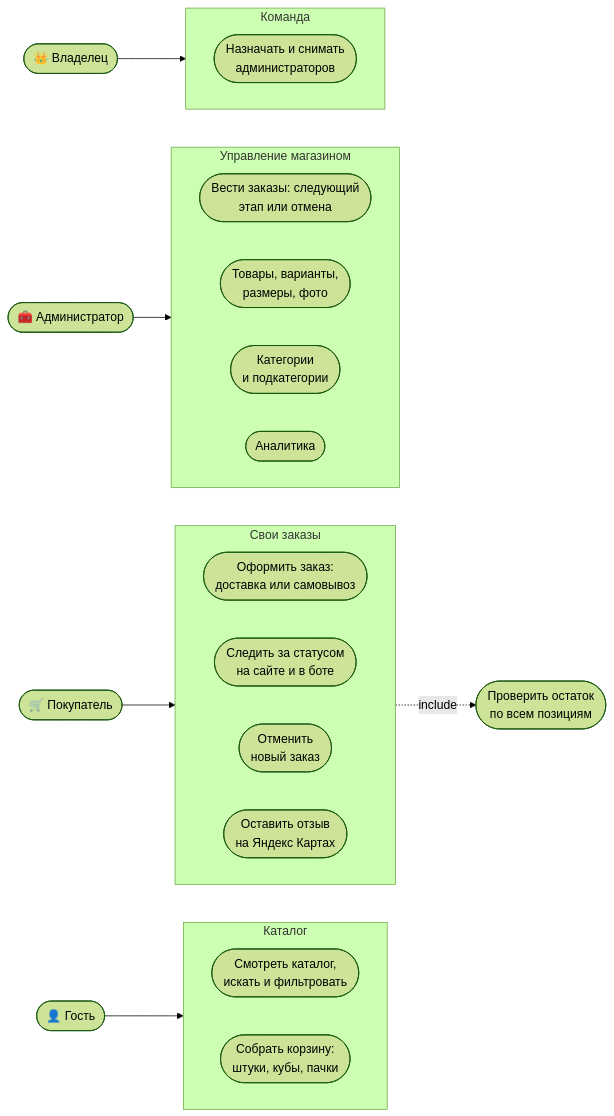
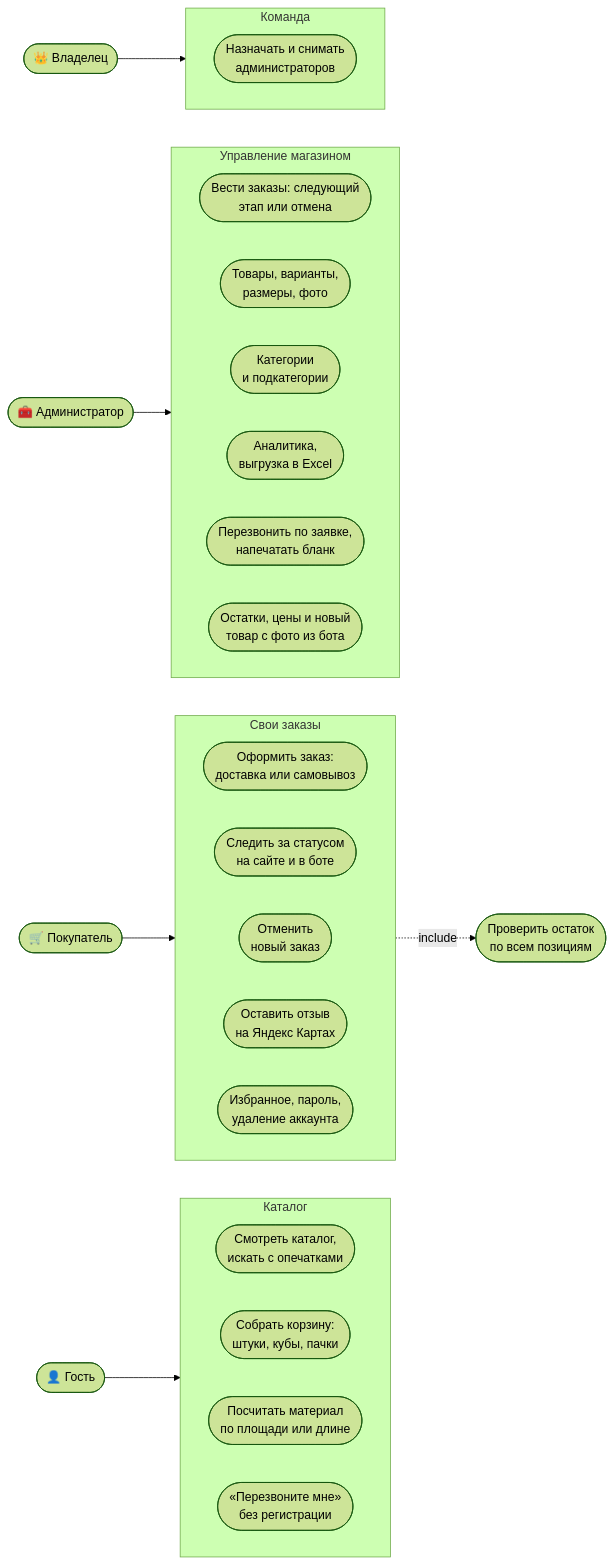
One commit to haz2007/-Builder-s-Friend- changed the seventh of 16 diagrams in docs/diagrams.md. Above: the diagram before and after it, drawn with Mermaid (forest theme). The commit also changed other lines of this file and 11 other files, not shown here.

First line of the commit message:
Refresh docs: seven new diagrams, up-to-date README and screenshots

````diff
--- a/docs/diagrams.md
+++ b/docs/diagrams.md
@@ -269,36 +293,41 @@
 ```mermaid
 flowchart LR
     owner(["👑 Владелец"]) --> o
     admin(["🧰 Администратор"]) --> a
     customer(["🛒 Покупатель"]) --> c
     guest(["👤 Гость"]) --> g
 
     subgraph g["Каталог"]
         direction LR
-        uc1(["Смотреть каталог,<br/>искать и фильтровать"])
+        uc1(["Смотреть каталог,<br/>искать с опечатками"])
         uc2(["Собрать корзину:<br/>штуки, кубы, пачки"])
+        uc12(["Посчитать материал<br/>по площади или длине"])
+        uc13(["«Перезвоните мне»<br/>без регистрации"])
     end
 
     subgraph c["Свои заказы"]
         direction LR
         uc3(["Оформить заказ:<br/>доставка или самовывоз"])
         uc4(["Следить за статусом<br/>на сайте и в боте"])
         uc5(["Отменить<br/>новый заказ"])
         uc6(["Оставить отзыв<br/>на Яндекс Картах"])
+        uc14(["Избранное, пароль,<br/>удаление аккаунта"])
     end
 
     subgraph a["Управление магазином"]
         direction LR
         uc7(["Вести заказы: следующий<br/>этап или отмена"])
         uc8(["Товары, варианты,<br/>размеры, фото"])
         uc9(["Категории<br/>и подкатегории"])
-        uc10(["Аналитика"])
+        uc10(["Аналитика,<br/>выгрузка в Excel"])
+        uc15(["Перезвонить по заявке,<br/>напечатать бланк"])
+        uc16(["Остатки, цены и новый<br/>товар с фото из бота"])
     end
 
     subgraph o["Команда"]
         direction LR
         uc11(["Назначать и снимать<br/>администраторов"])
     end
 
     uc3 -. "include" .-> chk(["Проверить остаток<br/>по всем позициям"])
 ```
````
